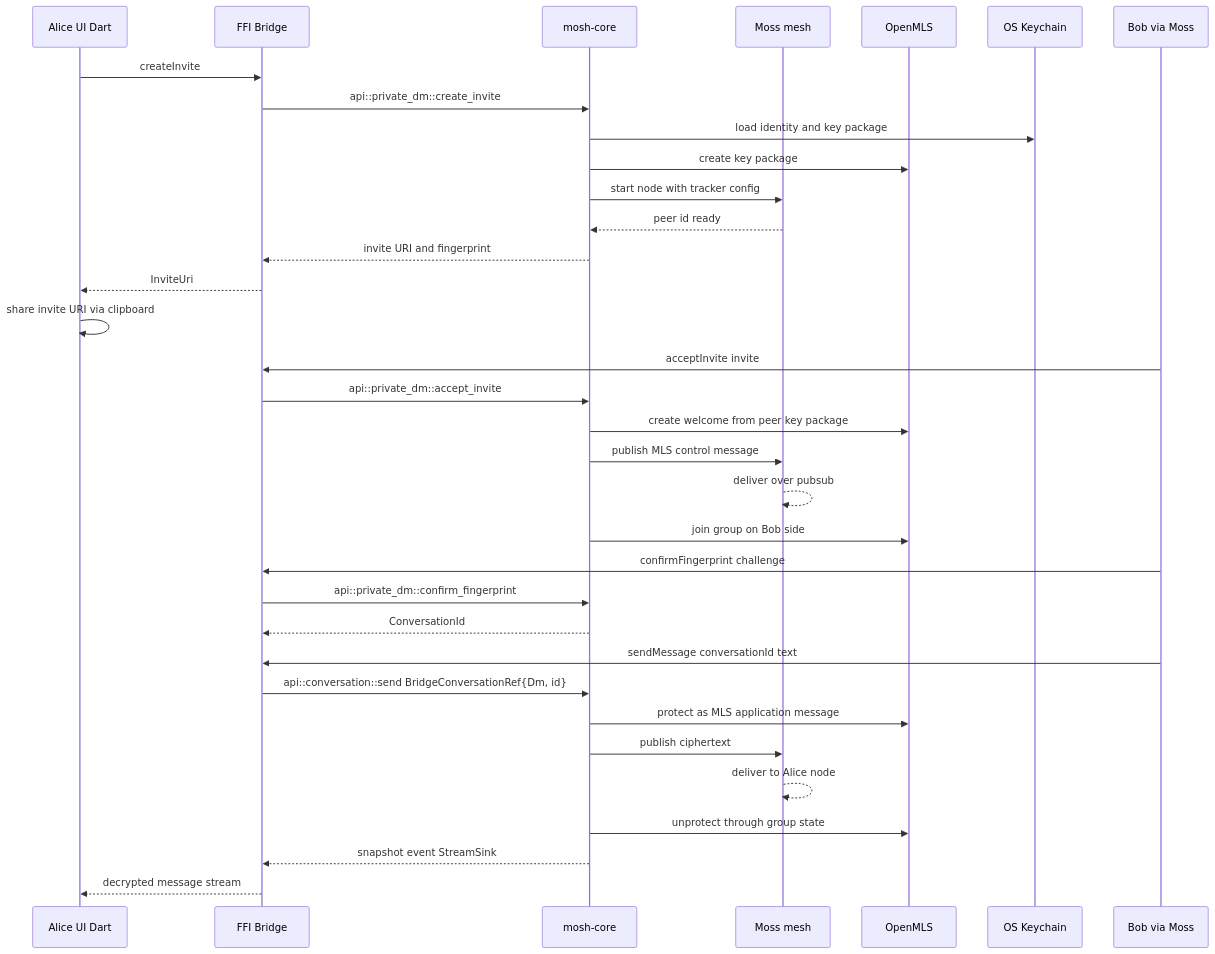
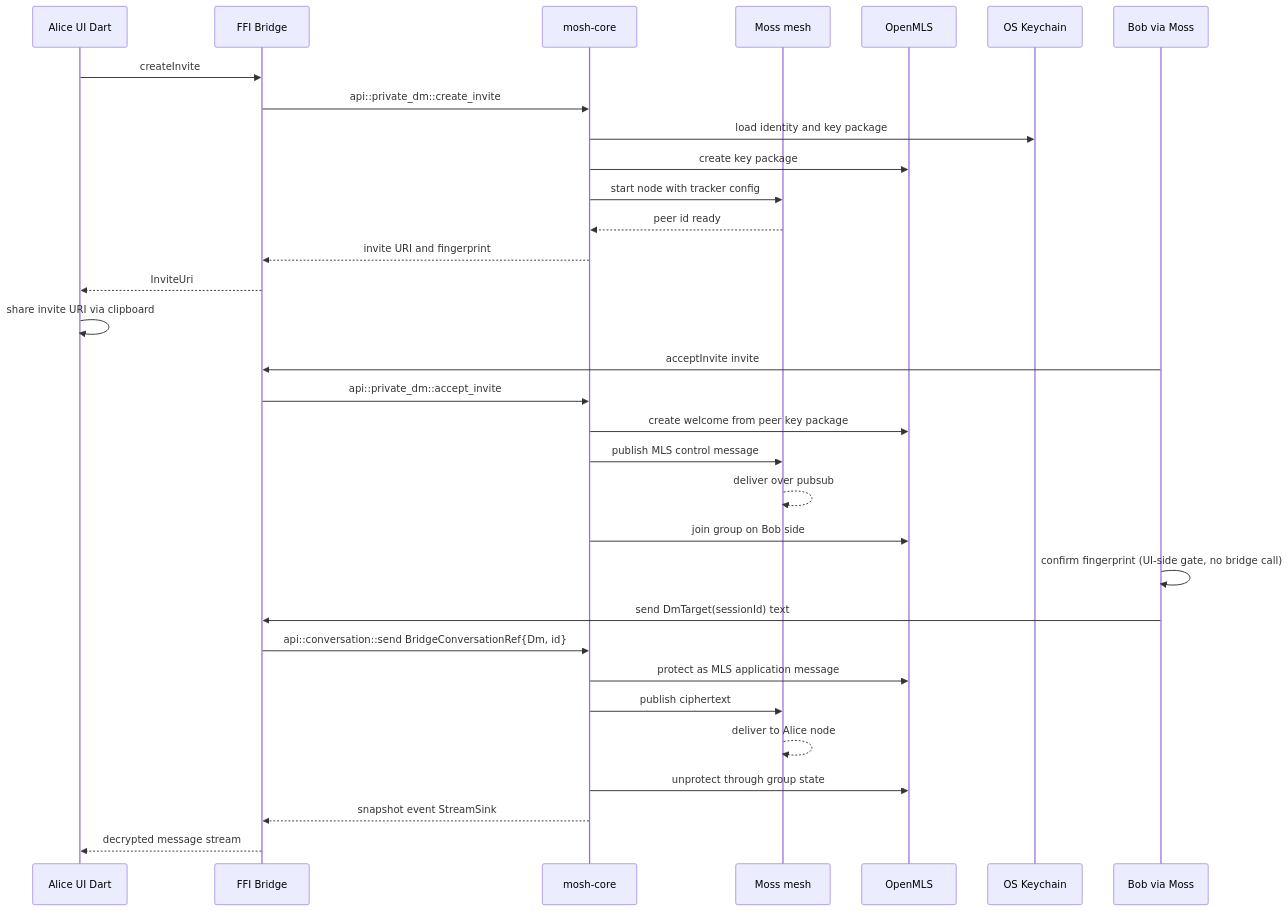
Before and after one commit to redstone-md/mosh-flutter: the fifth of 11 diagrams in docs/Architecture.md, drawn with Mermaid. The commit also changed 5 other files, not shown here.

````diff
--- a/docs/Architecture.md
+++ b/docs/Architecture.md
@@ -152,37 +152,35 @@
 ```mermaid
 sequenceDiagram
     participant Alice as Alice UI Dart
     participant Bridge as FFI Bridge
     participant Core as mosh-core
     participant Moss as Moss mesh
     participant Mls as OpenMLS
     participant Keychain as OS Keychain
     participant Bob as Bob via Moss
 
     Alice->>Bridge: createInvite
     Bridge->>Core: api::private_dm::create_invite
     Core->>Keychain: load identity and key package
     Core->>Mls: create key package
     Core->>Moss: start node with tracker config
     Moss-->>Core: peer id ready
     Core-->>Bridge: invite URI and fingerprint
     Bridge-->>Alice: InviteUri
     Alice->>Alice: share invite URI via clipboard
     Bob->>Bridge: acceptInvite invite
     Bridge->>Core: api::private_dm::accept_invite
     Core->>Mls: create welcome from peer key package
     Core->>Moss: publish MLS control message
     Moss-->>Moss: deliver over pubsub
     Core->>Mls: join group on Bob side
-    Bob->>Bridge: confirmFingerprint challenge
-    Bridge->>Core: api::private_dm::confirm_fingerprint
-    Core-->>Bridge: ConversationId
-    Bob->>Bridge: sendMessage conversationId text
+    Bob->>Bob: confirm fingerprint (UI-side gate, no bridge call)
+    Bob->>Bridge: send DmTarget(sessionId) text
     Bridge->>Core: api::conversation::send BridgeConversationRef{Dm, id}
     Core->>Mls: protect as MLS application message
     Core->>Moss: publish ciphertext
     Moss-->>Moss: deliver to Alice node
     Core->>Mls: unprotect through group state
     Core-->>Bridge: snapshot event StreamSink
     Bridge-->>Alice: decrypted message stream
 ```
````
